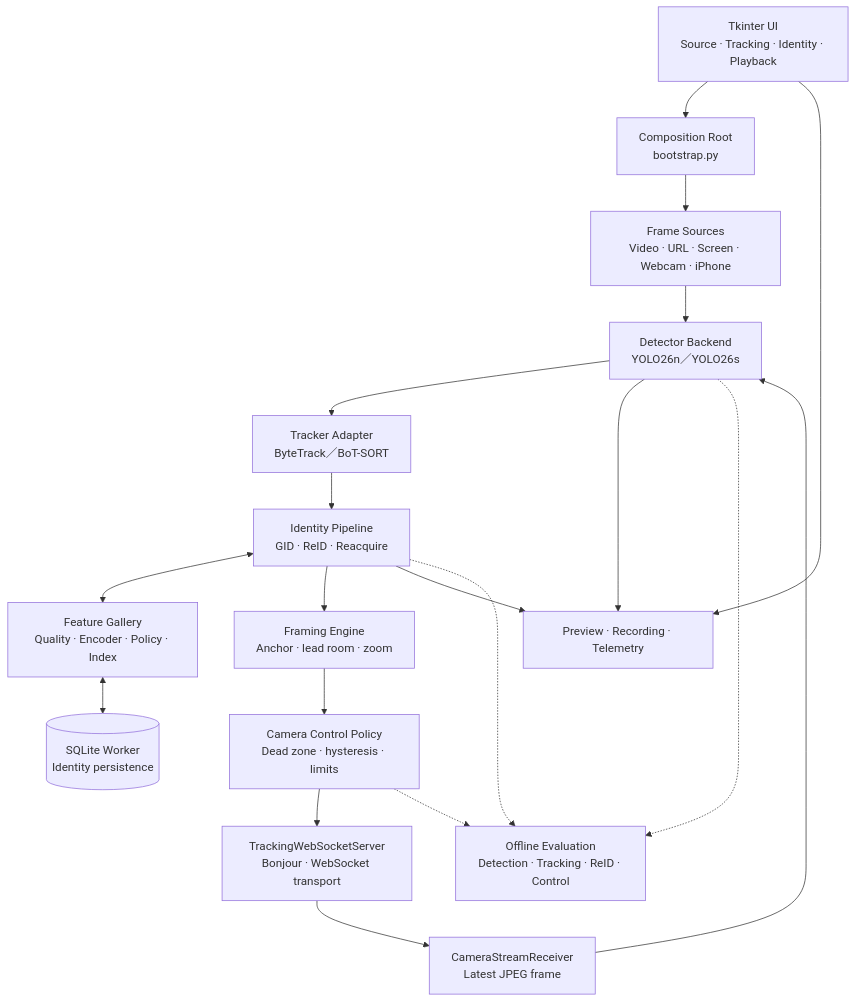
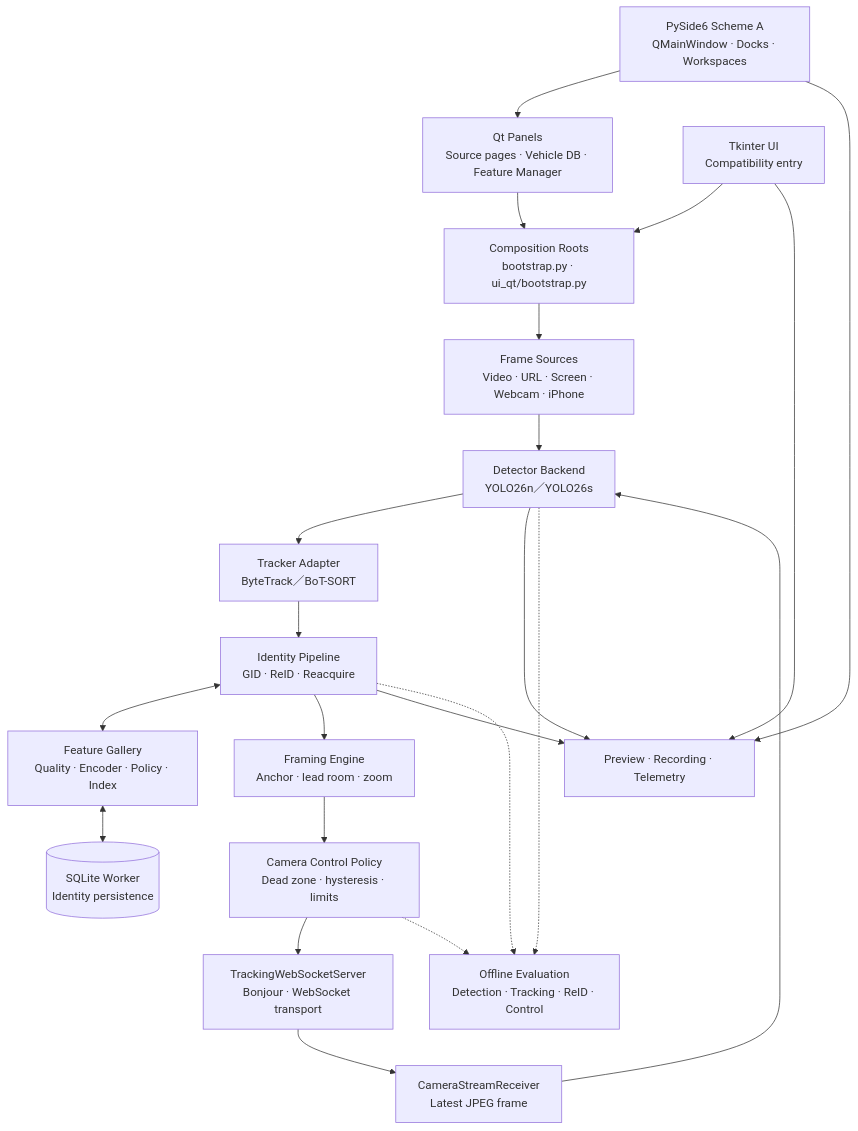
The third of 3 diagrams in README.md (LN-676/AI-Vision-Director), drawn with Mermaid before and after one commit. The commit also changed other lines of this file and 10 other files, not shown here.

````diff
--- a/README.md
+++ b/README.md
@@ -103,31 +103,35 @@
 ```mermaid
 flowchart TD
-    UI["Tkinter UI<br/>Source · Tracking · Identity · Playback"]
-    BOOT["Composition Root<br/>bootstrap.py"]
+    QT["PySide6 Scheme A<br/>QMainWindow · Docks · Workspaces"]
+    QTPANELS["Qt Panels<br/>Source pages · Vehicle DB · Feature Manager"]
+    TK["Tkinter UI<br/>Compatibility entry"]
+    BOOT["Composition Roots<br/>bootstrap.py · ui_qt/bootstrap.py"]
     SOURCE["Frame Sources<br/>Video · URL · Screen · Webcam · iPhone"]
     RECEIVER["CameraStreamReceiver<br/>Latest JPEG frame"]
     DETECTOR["Detector Backend<br/>YOLO26n／YOLO26s"]
     TRACKER["Tracker Adapter<br/>ByteTrack／BoT-SORT"]
     IDENTITY["Identity Pipeline<br/>GID · ReID · Reacquire"]
     GALLERY["Feature Gallery<br/>Quality · Encoder · Policy · Index"]
     DB[("SQLite Worker<br/>Identity persistence")]
     FRAMING["Framing Engine<br/>Anchor · lead room · zoom"]
     POLICY["Camera Control Policy<br/>Dead zone · hysteresis · limits"]
     WS["TrackingWebSocketServer<br/>Bonjour · WebSocket transport"]
     EVAL["Offline Evaluation<br/>Detection · Tracking · ReID · Control"]
     OUTPUT["Preview · Recording · Telemetry"]
 
-    UI --> BOOT
+    QT --> QTPANELS --> BOOT
+    TK --> BOOT
     BOOT --> SOURCE
     SOURCE --> DETECTOR
     WS --> RECEIVER --> DETECTOR
     DETECTOR --> TRACKER --> IDENTITY
     IDENTITY <--> GALLERY <--> DB
     IDENTITY --> FRAMING --> POLICY --> WS
     DETECTOR --> OUTPUT
     IDENTITY --> OUTPUT
-    UI --> OUTPUT
+    QT --> OUTPUT
+    TK --> OUTPUT
     DETECTOR -.-> EVAL
     IDENTITY -.-> EVAL
     POLICY -.-> EVAL
 ```
````
